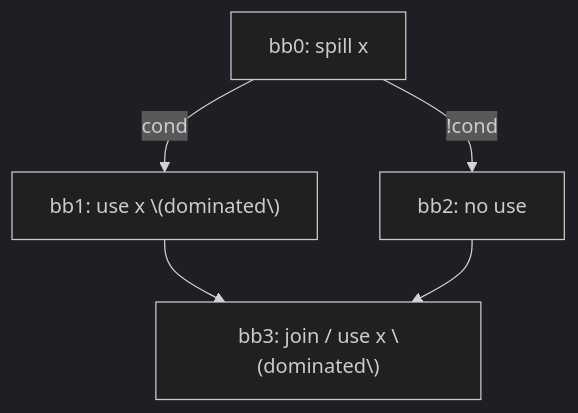
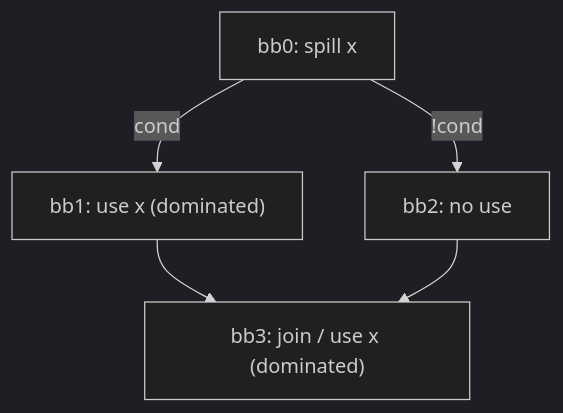
Before and after one commit to alex-t/ssa-spiller-docs: the first of 5 diagrams in SSA_Spiller/04-Design/Decisions.md, drawn with Mermaid (dark theme). The commit also changed other lines of this file and 3 other files, not shown here.

````diff
--- a/SSA_Spiller/04-Design/Decisions.md
+++ b/SSA_Spiller/04-Design/Decisions.md
@@ -60,7 +36,7 @@
-```mermaid 
+```mermaid
 flowchart TD
-	S["bb0: spill x"] -->|cond| U1["bb1: use x \(dominated\)"]
-	S -->|!cond| B2["bb2: no use"]
-	U1 --> J["bb3: join / use x \(dominated\)"]
-	B2 --> J
+    S["bb0: spill x"] -->|cond| U1["bb1: use x (dominated)"]
+    S -->|!cond| B2["bb2: no use"]
+    U1 --> J["bb3: join / use x (dominated)"]
+    B2 --> J
 ```
````
